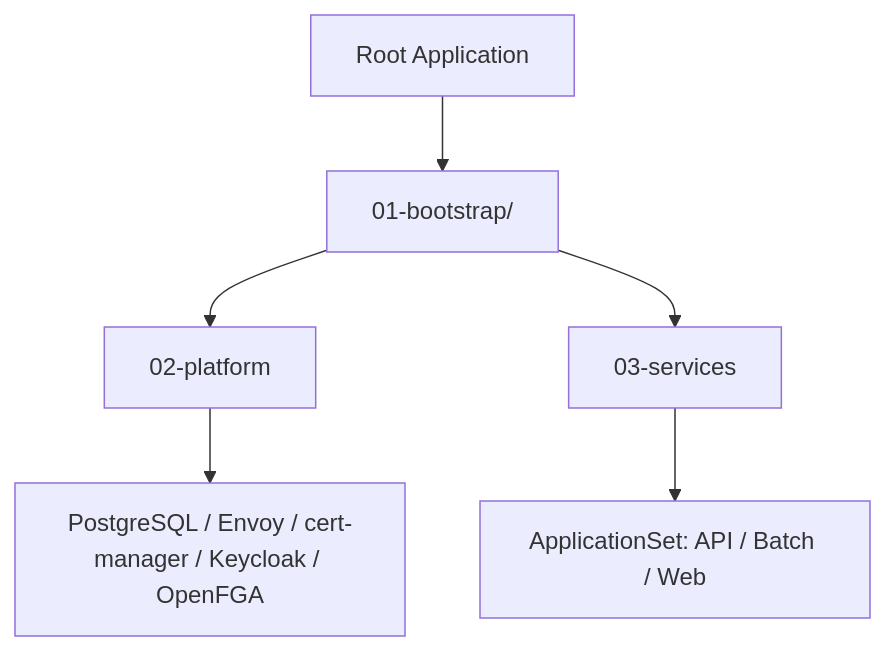
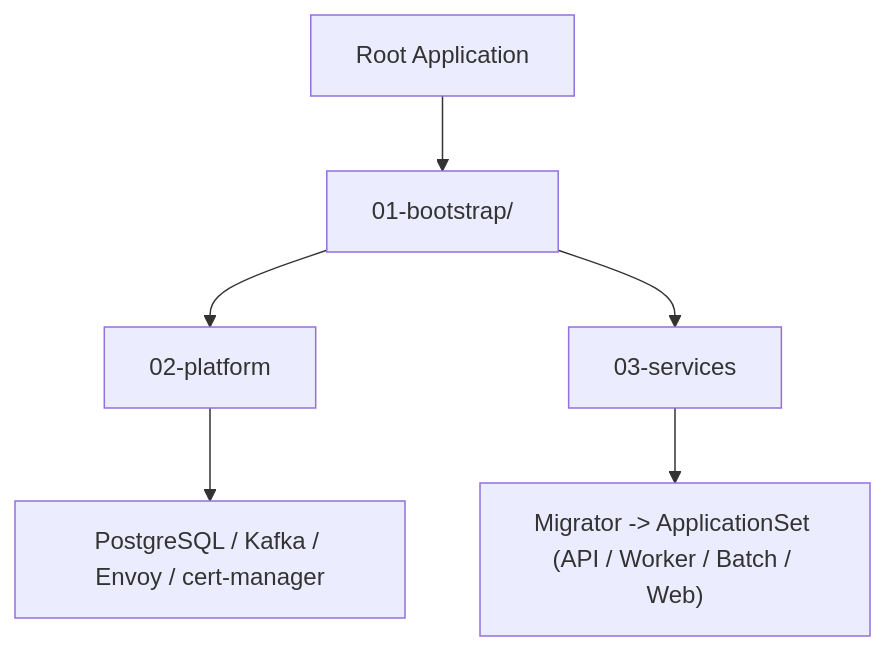
The diagram in infra/gitops/README.md (paranema/contentria), drawn with Mermaid before and after one commit. The commit also changed other lines of this file and 74 other files, not shown here.

````diff
--- a/infra/gitops/README.md
+++ b/infra/gitops/README.md
@@ -11,9 +11,9 @@
 ```mermaid
 flowchart TD
     root["Root Application"] --> bdev["01-bootstrap/<env>"]
     bdev --> p["02-platform"]
     bdev --> s["03-services"]
 
-    p --> p1["PostgreSQL / Envoy / cert-manager / Keycloak / OpenFGA"]
-    s --> s1["ApplicationSet: API / Batch / Web"]
+    p --> p1["PostgreSQL / Kafka / Envoy / cert-manager"]
+    s --> s1["Migrator -> ApplicationSet (API / Worker / Batch / Web)"]
 ```
````
